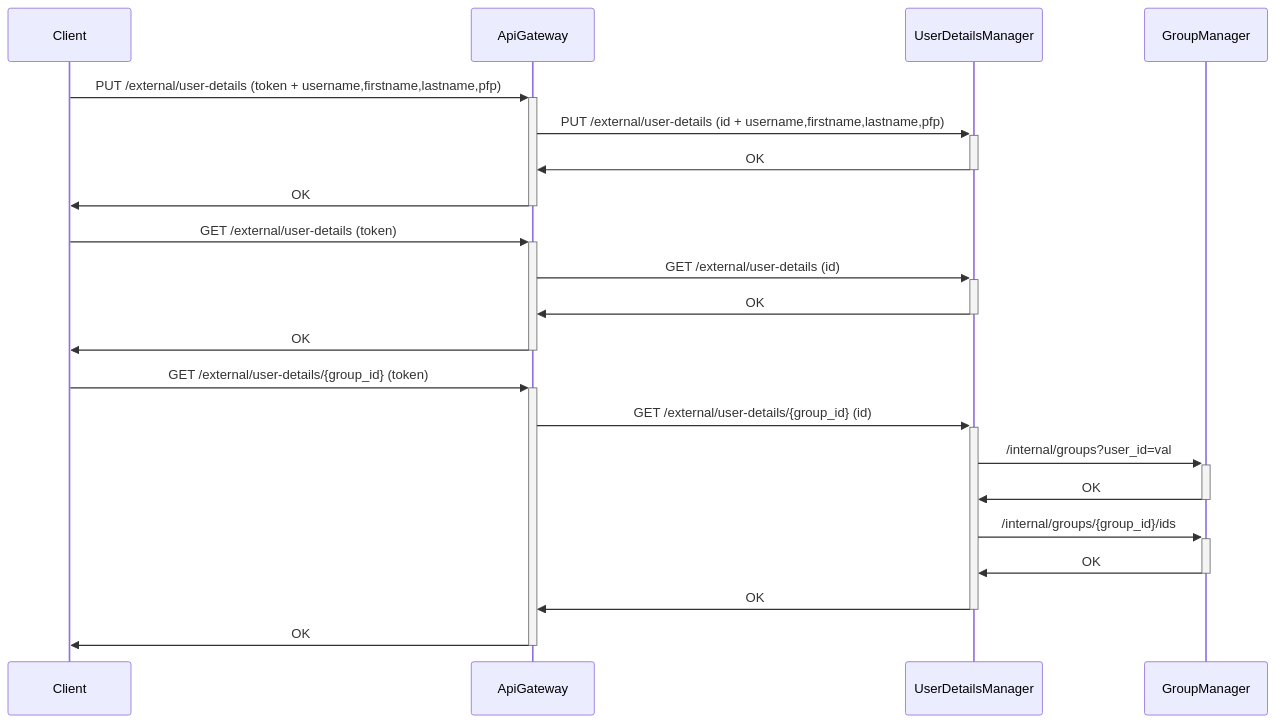
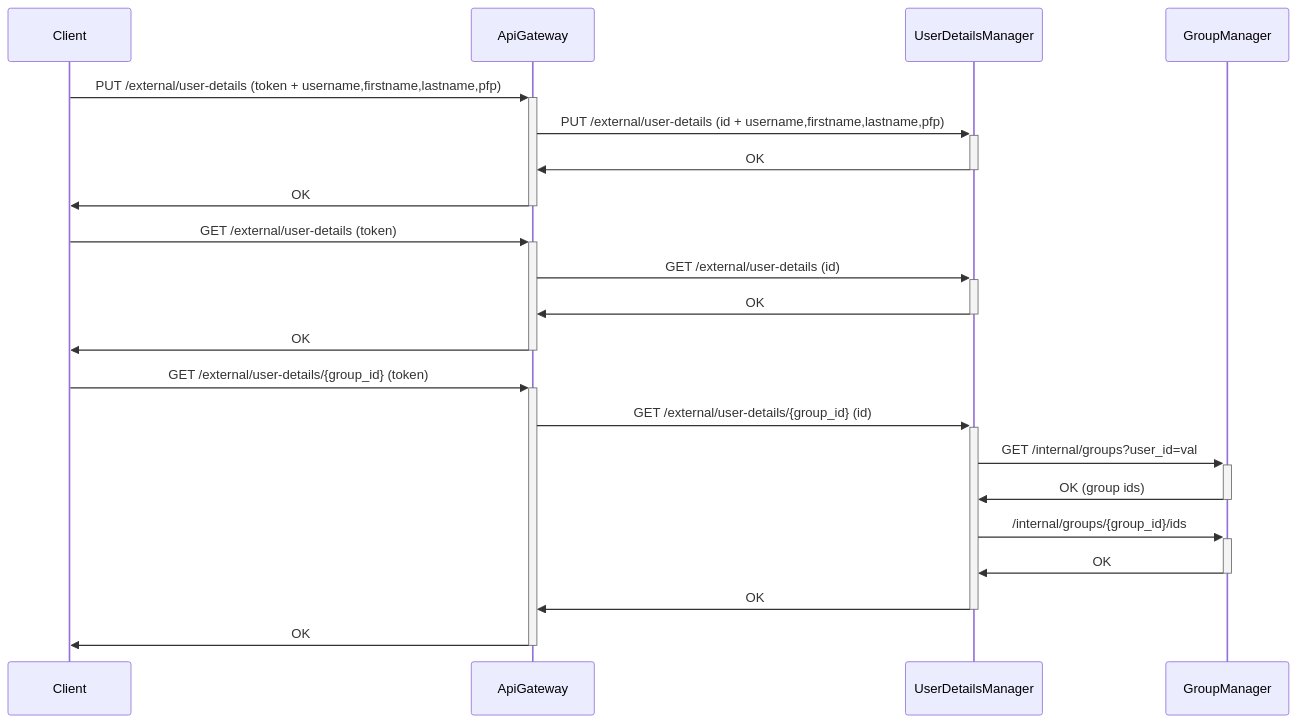
One commit to Group-Expense-Manager/gem-docs changed the third of 10 diagrams in docs/diagrams.md. Above: the diagram before and after it, drawn with Mermaid. The commit also changed other lines of this file and 1 other file, not shown here.

Commit message:
added Report Creator & Payment Manager & Currency Manager & Finance Adapter contract

````diff
--- a/docs/diagrams.md
+++ b/docs/diagrams.md
@@ -104,22 +104,22 @@
 ``` mermaid
 sequenceDiagram
 
 Client->>+ApiGateway: PUT /external/user-details (token + username,firstname,lastname,pfp)
 ApiGateway->>+UserDetailsManager: PUT /external/user-details (id + username,firstname,lastname,pfp)
 UserDetailsManager->>-ApiGateway: OK
 ApiGateway->>-Client: OK
 
 Client->>+ApiGateway: GET /external/user-details (token)
 ApiGateway->>+UserDetailsManager: GET /external/user-details (id)
 UserDetailsManager->>-ApiGateway: OK
 ApiGateway->>-Client: OK
 
 Client->>+ApiGateway: GET /external/user-details/{group_id} (token)
 ApiGateway->>+UserDetailsManager: GET /external/user-details/{group_id} (id)
-UserDetailsManager->>+ GroupManager: /internal/groups?user_id=val
-GroupManager->>- UserDetailsManager: OK
+UserDetailsManager->>+ GroupManager: GET /internal/groups?user_id=val
+GroupManager->>- UserDetailsManager: OK (group ids)
 UserDetailsManager->>+ GroupManager: /internal/groups/{group_id}/ids
 GroupManager->>- UserDetailsManager: OK
 UserDetailsManager->>-ApiGateway: OK
 ApiGateway->>-Client: OK
 ```
````
